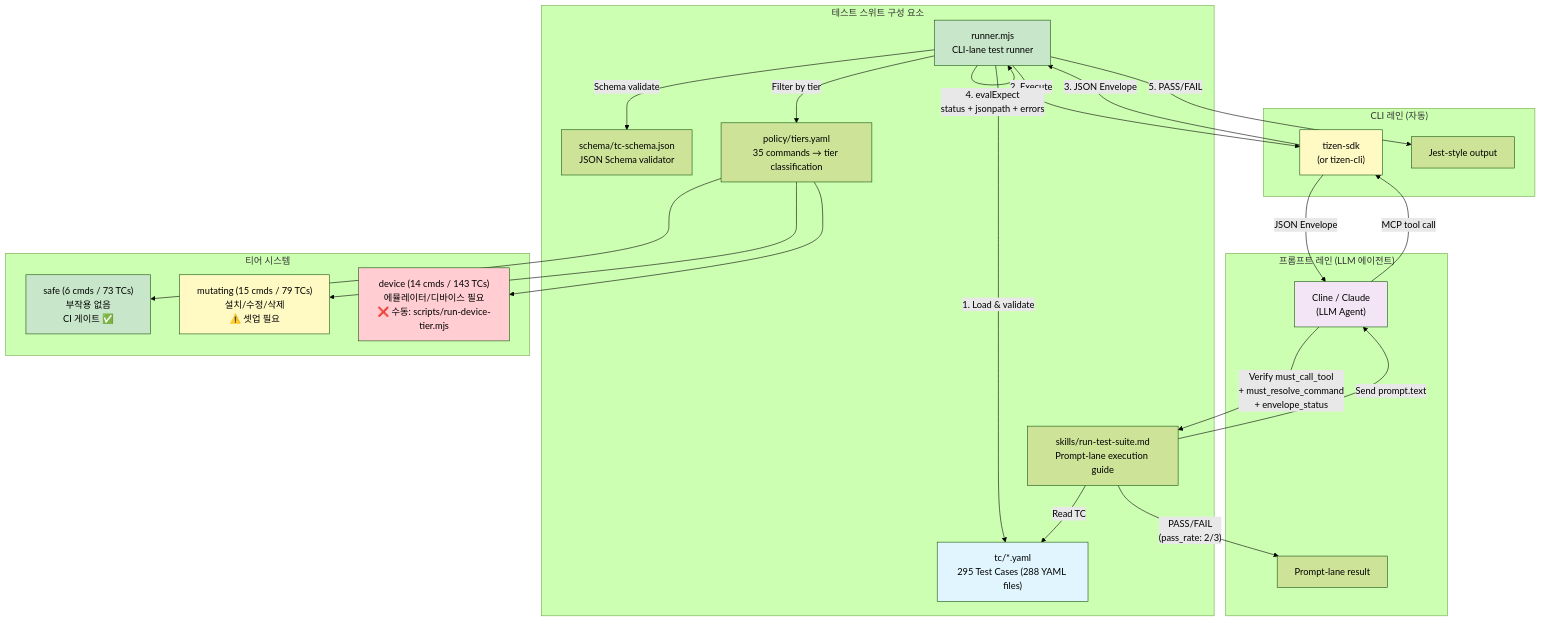
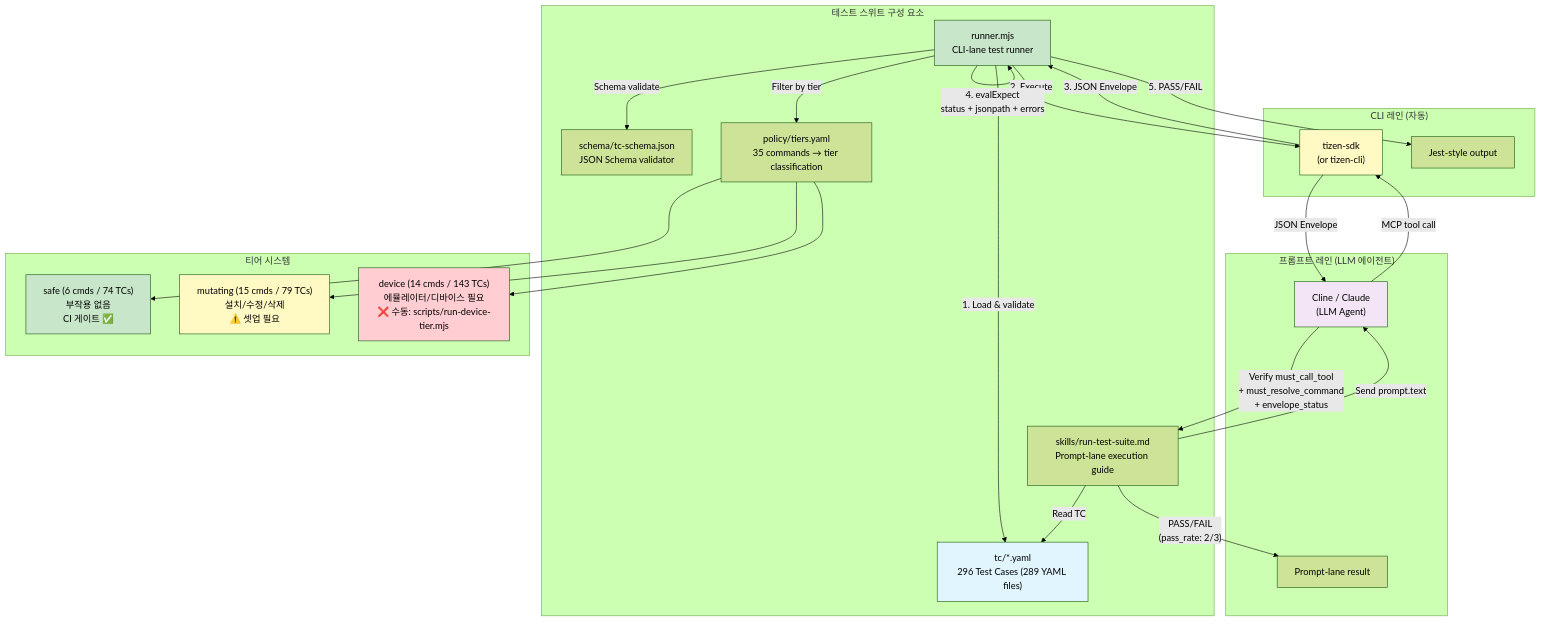
One commit to Samsung/tizen-agent-skills changed the first of 4 diagrams in tizen-sdk-skills/tests/README.ko.md. Above: the diagram before and after it, drawn with Mermaid (forest theme). The commit also changed other lines of this file and 9 other files, not shown here.

````diff
--- a/tizen-sdk-skills/tests/README.ko.md
+++ b/tizen-sdk-skills/tests/README.ko.md
@@ -11,46 +11,46 @@
 ```mermaid
 graph TB
     subgraph "테스트 스위트 구성 요소"
-        TC["tc/*.yaml<br/>295 Test Cases (288 YAML files)"]
+        TC["tc/*.yaml<br/>296 Test Cases (289 YAML files)"]
         SCHEMA["schema/tc-schema.json<br/>JSON Schema validator"]
         POLICY["policy/tiers.yaml<br/>35 commands → tier classification"]
         RUNNER["runner.mjs<br/>CLI-lane test runner"]
         SKILLS["skills/run-test-suite.md<br/>Prompt-lane execution guide"]
     end
 
     subgraph "CLI 레인 (자동)"
         RUNNER -->|"1. Load & validate"| TC
         RUNNER -->|"Schema validate"| SCHEMA
         RUNNER -->|"Filter by tier"| POLICY
         RUNNER -->|"2. Execute"| PLUGIN["tizen-sdk<br/>(or tizen-cli)"]
         PLUGIN -->|"3. JSON Envelope"| RUNNER
         RUNNER -->|"4. evalExpect<br/>status + jsonpath + errors"| RUNNER
         RUNNER -->|"5. PASS/FAIL"| RESULT["Jest-style output"]
     end
 
     subgraph "프롬프트 레인 (LLM 에이전트)"
         SKILLS -->|"Read TC"| TC
         SKILLS -->|"Send prompt.text"| LLM["Cline / Claude<br/>(LLM Agent)"]
         LLM -->|"MCP tool call"| PLUGIN
         PLUGIN -->|"JSON Envelope"| LLM
         LLM -->|"Verify must_call_tool<br/>+ must_resolve_command<br/>+ envelope_status"| SKILLS
         SKILLS -->|"PASS/FAIL<br/>(pass_rate: 2/3)"| RESULT2["Prompt-lane result"]
     end
 
     subgraph "티어 시스템"
-        SAFE["safe (6 cmds / 73 TCs)<br/>부작용 없음<br/>CI 게이트 ✅"]
+        SAFE["safe (6 cmds / 74 TCs)<br/>부작용 없음<br/>CI 게이트 ✅"]
         MUTATING["mutating (15 cmds / 79 TCs)<br/>설치/수정/삭제<br/>⚠️ 셋업 필요"]
         DEVICE["device (14 cmds / 143 TCs)<br/>에뮬레이터/디바이스 필요<br/>❌ 수동: scripts/run-device-tier.mjs"]
         POLICY --> SAFE
         POLICY --> MUTATING
         POLICY --> DEVICE
     end
 
     style TC fill:#e1f5fe
     style RUNNER fill:#c8e6c9
     style PLUGIN fill:#fff9c4
     style LLM fill:#f3e5f5
     style SAFE fill:#c8e6c9
     style MUTATING fill:#fff9c4
     style DEVICE fill:#ffcdd2
 ```
````
